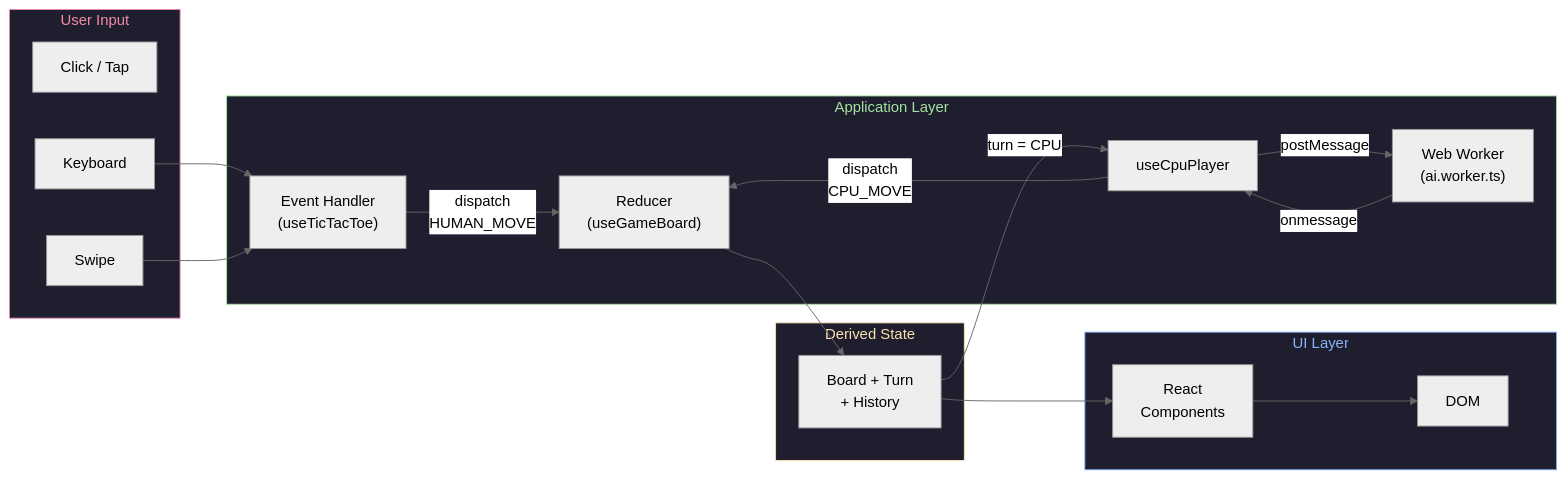
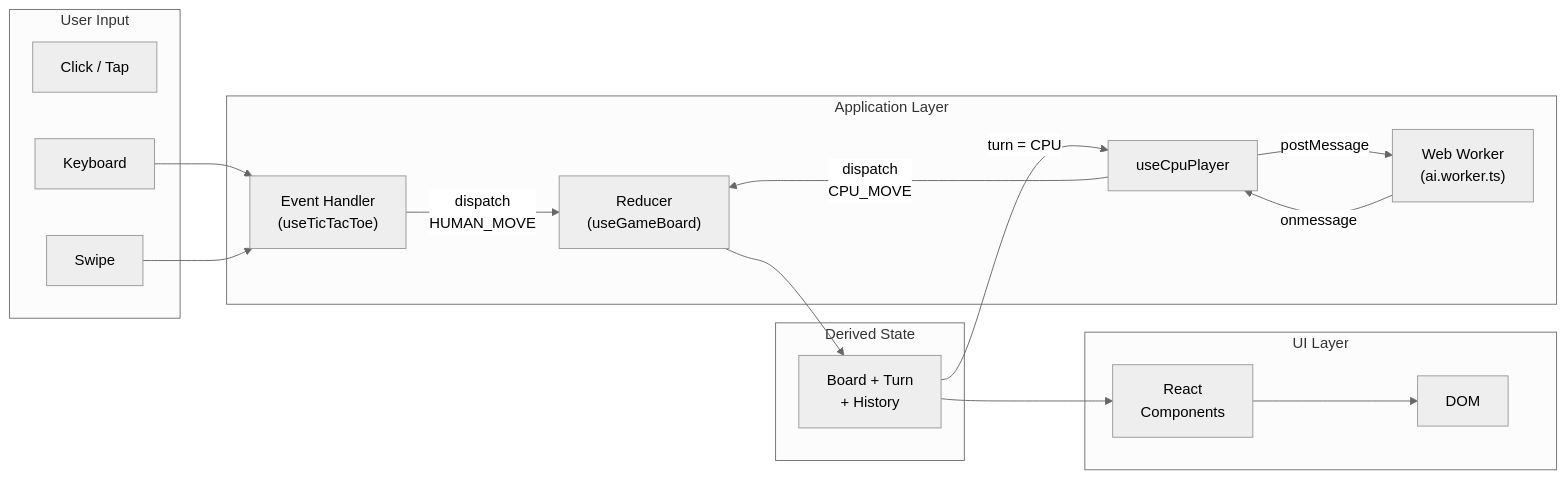
Before and after one commit to scottdreinhart/tictactoe: the third of 9 diagrams in README.md, drawn with Mermaid (neutral theme). The commit also changed other lines of this file and 10 other files, not shown here.

Commit message:
style: remove gradients and diagram color overrides

````diff
--- a/README.md
+++ b/README.md
@@ -444,40 +433,35 @@
 ```mermaid
 flowchart LR
   subgraph Input["User Input"]
     click["Click / Tap"]
     key["Keyboard"]
     swipe["Swipe"]
   end
 
   subgraph Hooks["Application Layer"]
     handler["Event Handler\n(useTicTacToe)"]
     reducer["Reducer\n(useGameBoard)"]
     cpu["useCpuPlayer"]
     worker["Web Worker\n(ai.worker.ts)"]
   end
 
   subgraph State["Derived State"]
     raw["Board + Turn\n+ History"]
   end
 
   subgraph Render["UI Layer"]
     comp["React\nComponents"]
     dom["DOM"]
   end
 
   click --> handler
   key --> handler
   swipe --> handler
   handler -->|"dispatch\nHUMAN_MOVE"| reducer
   reducer --> raw
   raw -->|"turn = CPU"| cpu
   cpu -->|postMessage| worker
   worker -->|onmessage| cpu
   cpu -->|"dispatch\nCPU_MOVE"| reducer
   raw --> comp --> dom
-
-  style Input fill:#1e1e2e,color:#f38ba8,stroke:#f38ba8
-  style Hooks fill:#1e1e2e,color:#a6e3a1,stroke:#a6e3a1
-  style State fill:#1e1e2e,color:#f9e2af,stroke:#f9e2af
-  style Render fill:#1e1e2e,color:#89b4fa,stroke:#89b4fa
 ```
````
